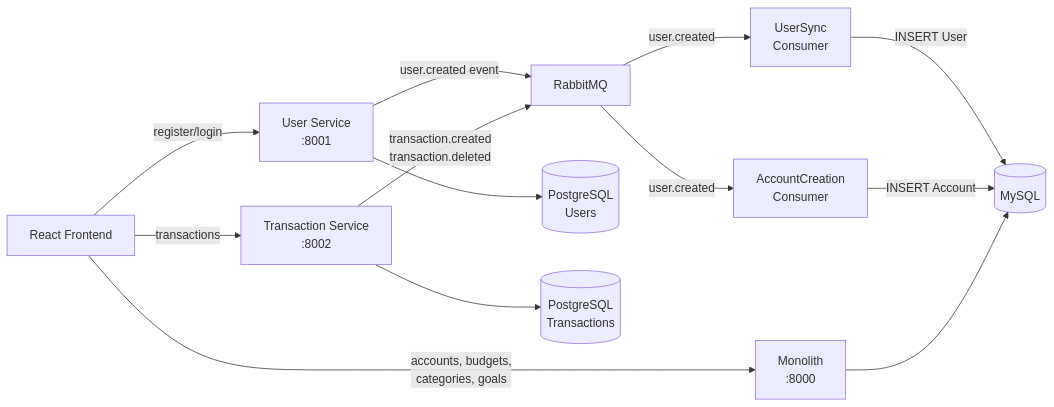
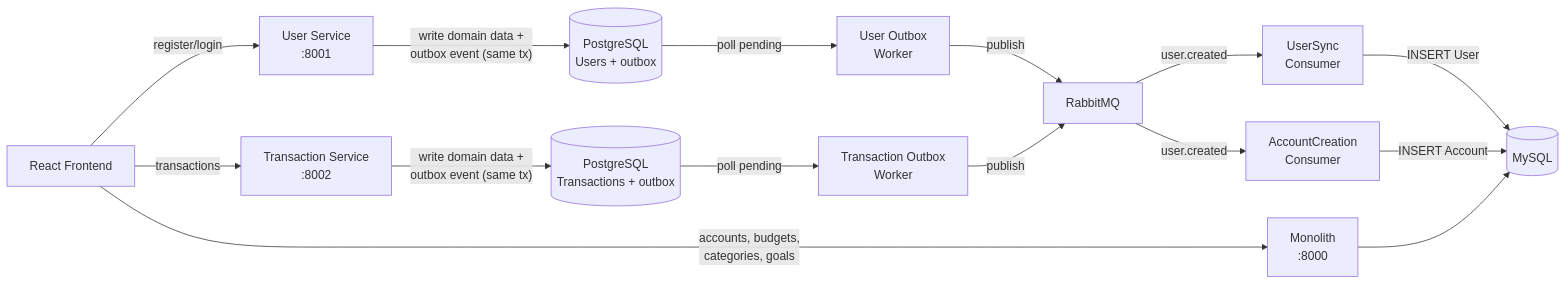
The first of 3 diagrams in README.md (Jothom2912/Finance-Tracker), drawn with Mermaid before and after one commit. The commit also changed other lines of this file and 31 other files, not shown here.

````diff
--- a/README.md
+++ b/README.md
@@ -80,19 +82,23 @@
 ```mermaid
 graph LR
     FE[React Frontend] -->|register/login| US[User Service<br/>:8001]
     FE -->|transactions| TS[Transaction Service<br/>:8002]
     FE -->|accounts, budgets,<br/>categories, goals| MON[Monolith<br/>:8000]
 
-    US -->|user.created event| RMQ[RabbitMQ]
-    TS -->|transaction.created<br/>transaction.deleted| RMQ
+    US -->|"write domain data +<br/>outbox event (same tx)"| PG_U[(PostgreSQL<br/>Users + outbox)]
+    TS -->|"write domain data +<br/>outbox event (same tx)"| PG_T[(PostgreSQL<br/>Transactions + outbox)]
+
+    PG_U -->|poll pending| UOW[User Outbox<br/>Worker]
+    PG_T -->|poll pending| TOW[Transaction Outbox<br/>Worker]
+
+    UOW -->|publish| RMQ[RabbitMQ]
+    TOW -->|publish| RMQ
 
     RMQ -->|user.created| USC[UserSync<br/>Consumer]
     RMQ -->|user.created| ACC[AccountCreation<br/>Consumer]
 
     USC -->|INSERT User| MYSQL[(MySQL)]
     ACC -->|INSERT Account| MYSQL
 
-    US --> PG_U[(PostgreSQL<br/>Users)]
-    TS --> PG_T[(PostgreSQL<br/>Transactions)]
     MON --> MYSQL
 ```
````
